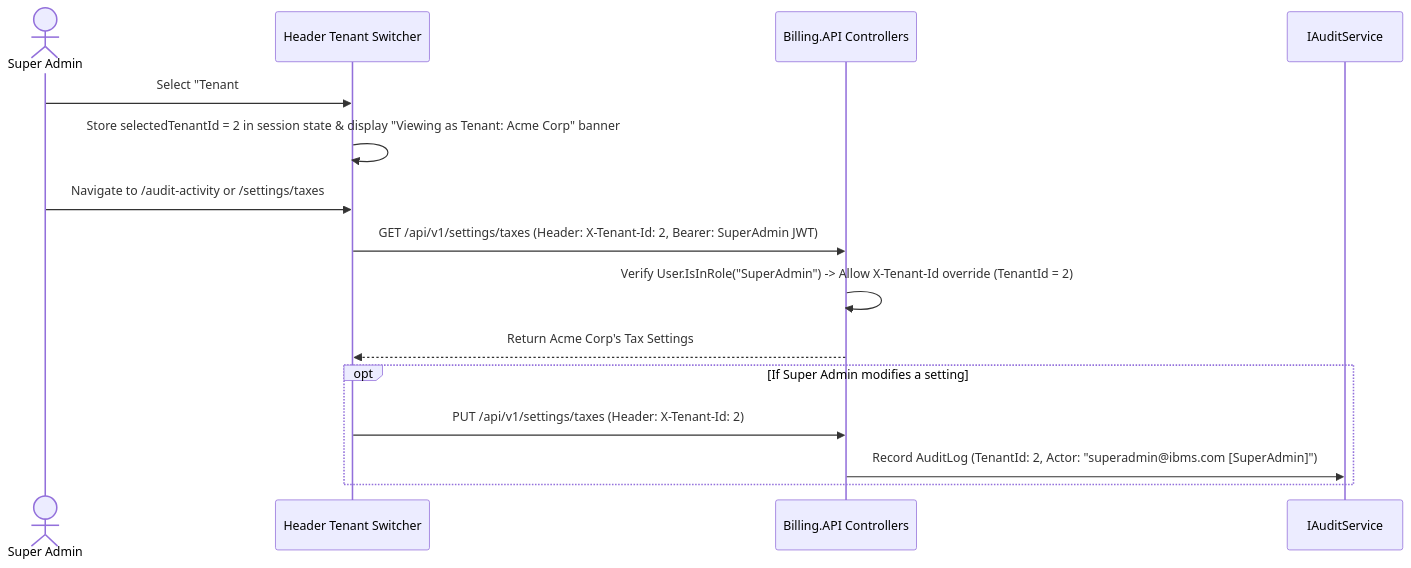
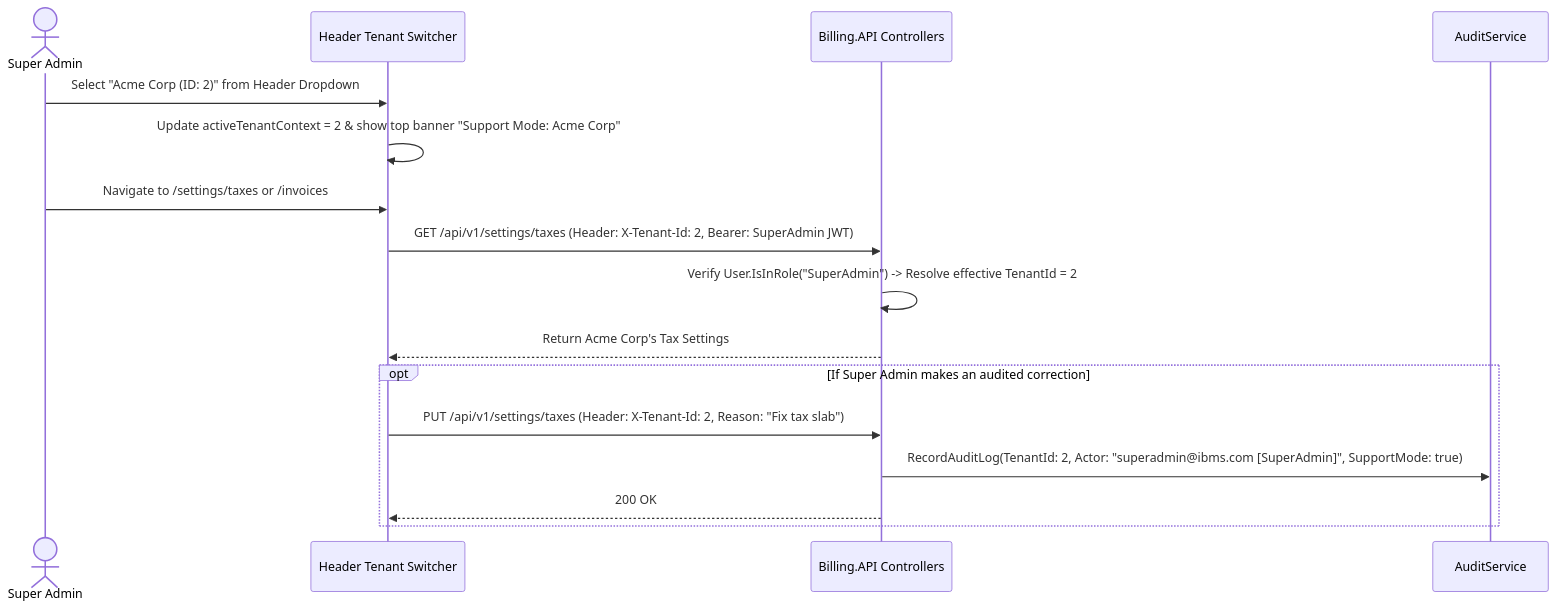
Before and after one commit to PirnavAdmin/IBMS: the fifth of 6 diagrams in docs/IBMS_Super_Admin_Role_Requirements.md, drawn with Mermaid. The commit also changed other lines of this file and 30 other files, not shown here.

````diff
--- a/docs/IBMS_Super_Admin_Role_Requirements.md
+++ b/docs/IBMS_Super_Admin_Role_Requirements.md
@@ -313,18 +516,19 @@
 ```mermaid
 sequenceDiagram
     actor SA as Super Admin
     participant UI as Header Tenant Switcher
     participant API as Billing.API Controllers
-    participant Audit as IAuditService
+    participant AL as AuditService
 
-    SA->>UI: Select "Tenant #2 - Acme Corp" from Global Header Dropdown
-    UI->>UI: Store selectedTenantId = 2 in session state & display "Viewing as Tenant: Acme Corp" banner
-    SA->>UI: Navigate to /audit-activity or /settings/taxes
+    SA->>UI: Select "Acme Corp (ID: 2)" from Header Dropdown
+    UI->>UI: Update activeTenantContext = 2 & show top banner "Support Mode: Acme Corp"
+    SA->>UI: Navigate to /settings/taxes or /invoices
     UI->>API: GET /api/v1/settings/taxes (Header: X-Tenant-Id: 2, Bearer: SuperAdmin JWT)
-    API->>API: Verify User.IsInRole("SuperAdmin") -> Allow X-Tenant-Id override (TenantId = 2)
+    API->>API: Verify User.IsInRole("SuperAdmin") -> Resolve effective TenantId = 2
     API-->>UI: Return Acme Corp's Tax Settings
-    opt If Super Admin modifies a setting
-        UI->>API: PUT /api/v1/settings/taxes (Header: X-Tenant-Id: 2)
-        API->>Audit: Record AuditLog (TenantId: 2, Actor: "superadmin@ibms.com [SuperAdmin]")
+    opt If Super Admin makes an audited correction
+        UI->>API: PUT /api/v1/settings/taxes (Header: X-Tenant-Id: 2, Reason: "Fix tax slab")
+        API->>AL: RecordAuditLog(TenantId: 2, Actor: "superadmin@ibms.com [SuperAdmin]", SupportMode: true)
+        API-->>UI: 200 OK
     end
 ```
````
